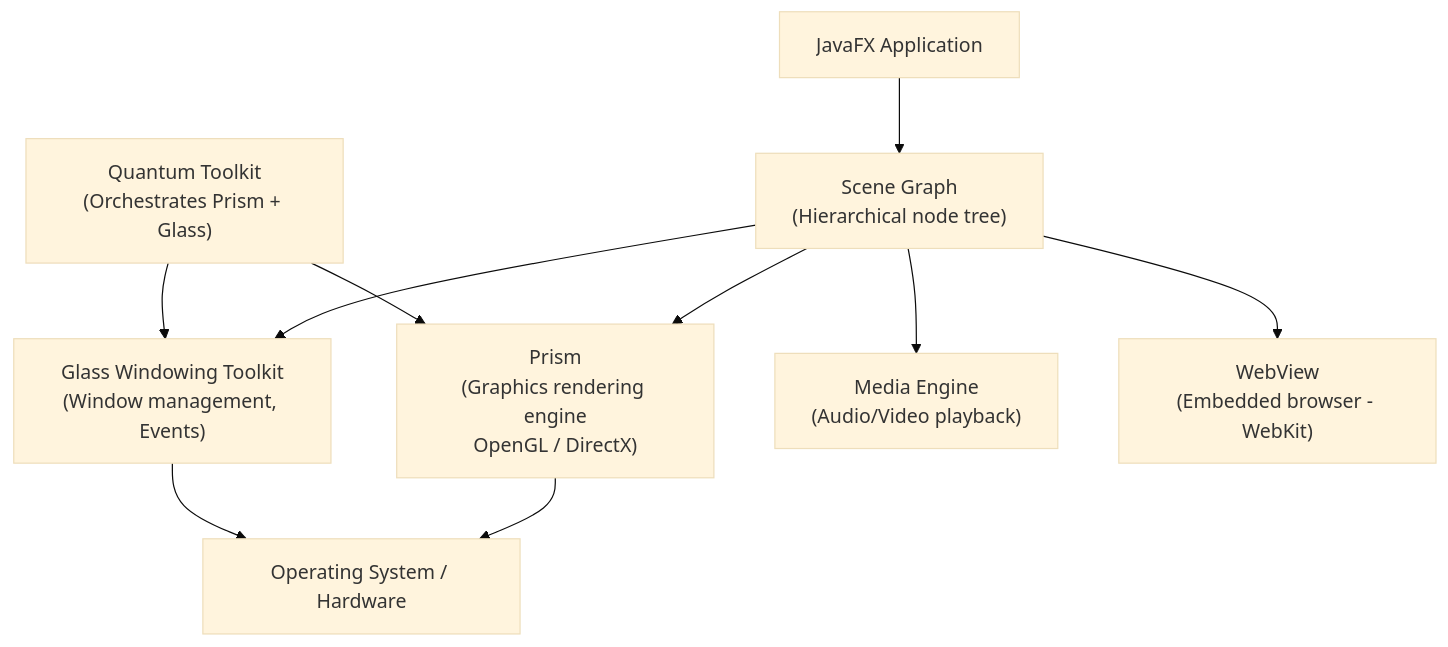
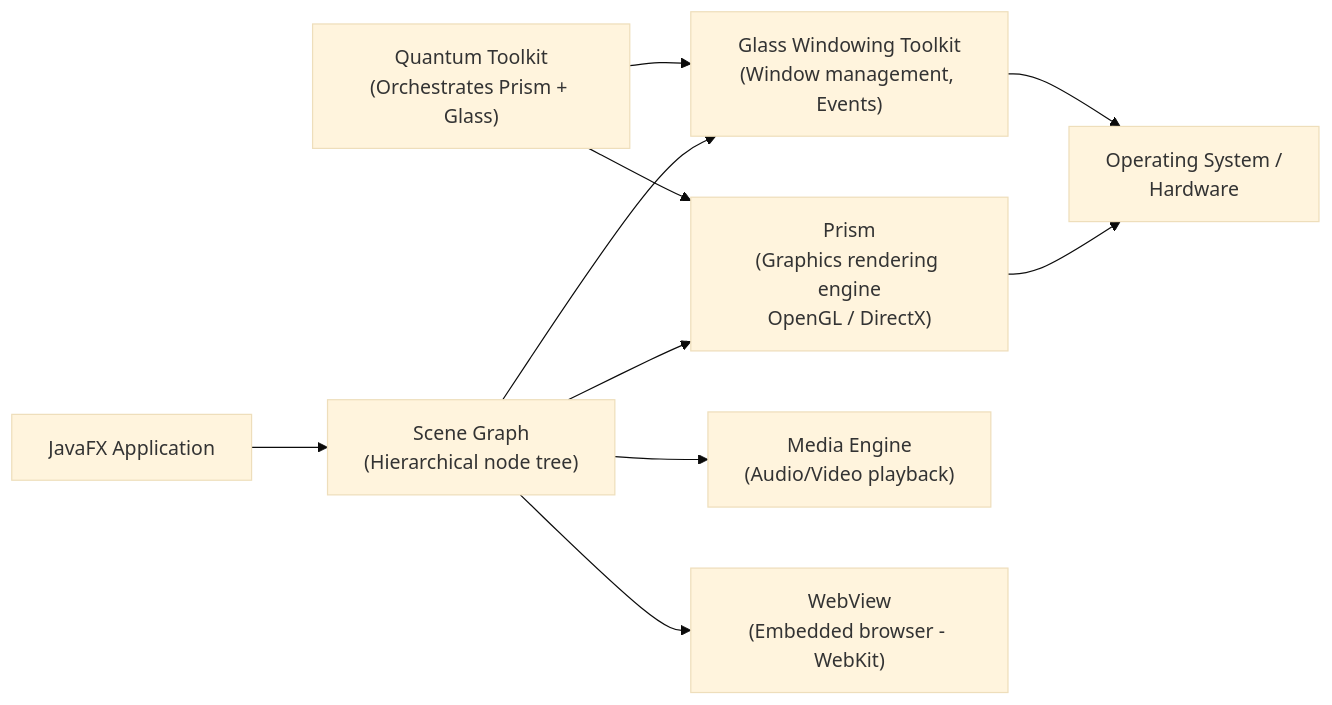
Before and after one commit to amitdevx/TY: the first of 3 diagrams in 01-Semester-V/CS-301-MJ-T-Core-Java/Unit-5.md, drawn with Mermaid (base theme). The commit also changed other lines of this file and 65 other files, not shown here.

Commit message:
fix:graph vertical

````diff
--- a/01-Semester-V/CS-301-MJ-T-Core-Java/Unit-5.md
+++ b/01-Semester-V/CS-301-MJ-T-Core-Java/Unit-5.md
@@ -63,13 +63,13 @@
 ```mermaid
-graph TD
+graph LR
     APP["JavaFX Application"] --> SG["Scene Graph<br/>(Hierarchical node tree)"]
     SG --> PRISM["Prism<br/>(Graphics rendering engine<br/>OpenGL / DirectX)"]
     SG --> GLASS["Glass Windowing Toolkit<br/>(Window management, Events)"]
     SG --> MEDIA["Media Engine<br/>(Audio/Video playback)"]
     SG --> WEB["WebView<br/>(Embedded browser - WebKit)"]
-    PRISM --> OS["Operating System / Hardware"]
+    PRISM --> OS["Operating System /<br/>Hardware"]
     GLASS --> OS
     
     QUANTUM["Quantum Toolkit<br/>(Orchestrates Prism + Glass)"] --> PRISM
     QUANTUM --> GLASS
 ```
````
